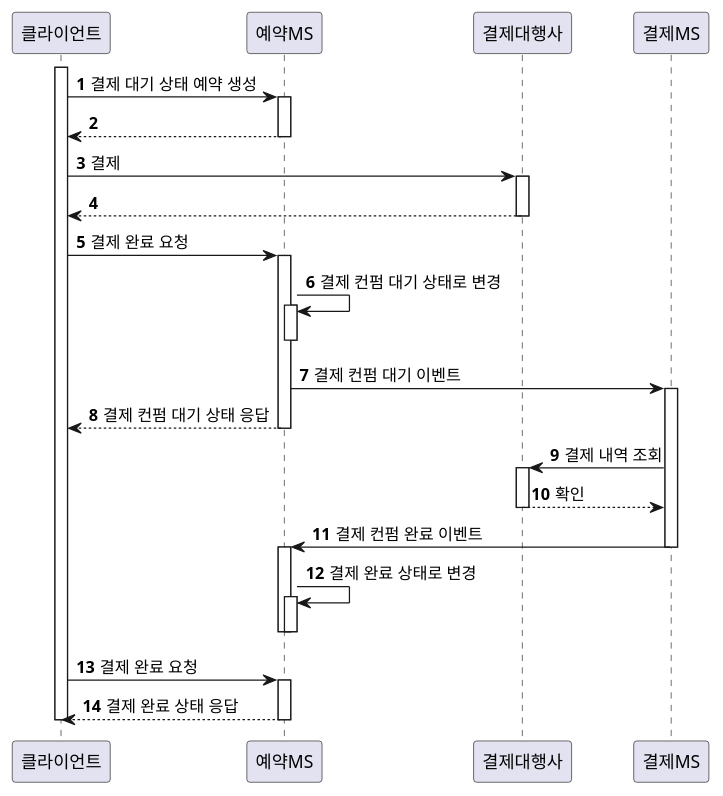
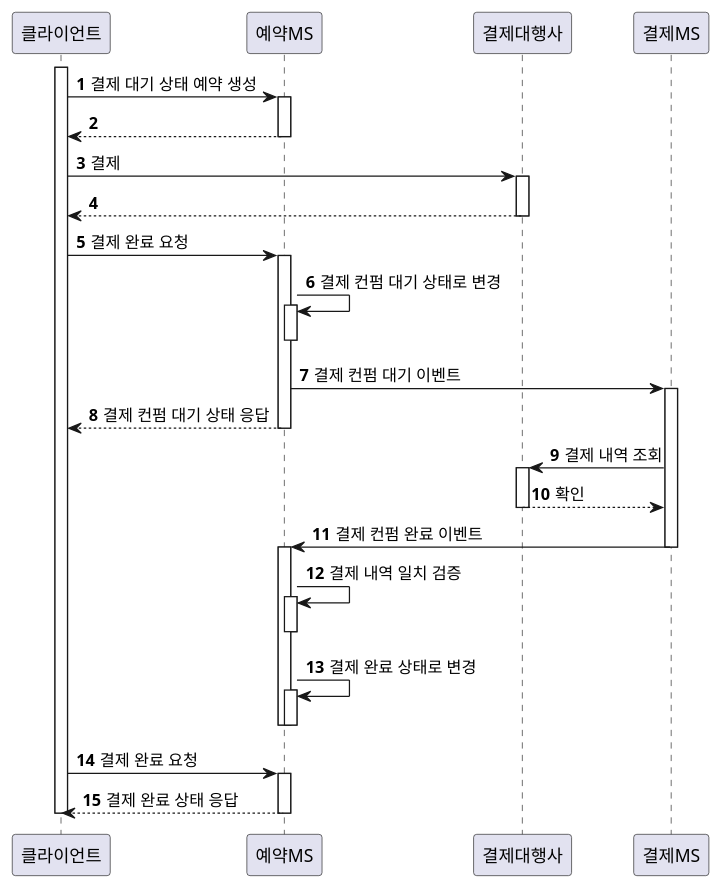
One commit to p-ser/p-ser-payment changed the diagram in diagram/reservation/reservation_seq.puml. Above: the diagram before and after it, drawn with PlantUML. The commit also changed 3 other files, not shown here.

```diff
--- a/diagram/reservation/reservation_seq.puml
+++ b/diagram/reservation/reservation_seq.puml
@@ -1,40 +1,43 @@
 @startuml
 autonumber
 participant 클라이언트
 
 activate 클라이언트
 클라이언트 -> 예약MS: 결제 대기 상태 예약 생성
     activate 예약MS
     예약MS --> 클라이언트
     deactivate 예약MS
 클라이언트 -> 결제대행사: 결제
     activate 결제대행사
     결제대행사 --> 클라이언트
     deactivate 결제대행사
 
 클라이언트 -> 예약MS: 결제 완료 요청
     activate 예약MS
     예약MS -> 예약MS: 결제 컨펌 대기 상태로 변경
         activate 예약MS
         deactivate 예약MS
     예약MS -> 결제MS: 결제 컨펌 대기 이벤트
         activate 결제MS
     예약MS --> 클라이언트: 결제 컨펌 대기 상태 응답
     deactivate 예약MS
     결제MS -> 결제대행사: 결제 내역 조회
         activate 결제대행사
         결제대행사 --> 결제MS: 확인
         deactivate 결제대행사
     결제MS -> 예약MS: 결제 컨펌 완료 이벤트
     deactivate 결제MS
         activate 예약MS
+        예약MS -> 예약MS: 결제 내역 일치 검증
+            activate 예약MS
+            deactivate 예약MS
         예약MS -> 예약MS: 결제 완료 상태로 변경
             activate 예약MS
             deactivate 예약MS
         deactivate 예약MS
 클라이언트 -> 예약MS: 결제 완료 요청
     activate 예약MS
     예약MS --> 클라이언트: 결제 완료 상태 응답
     deactivate 예약MS
 deactivate 클라이언트
 @enduml
```
